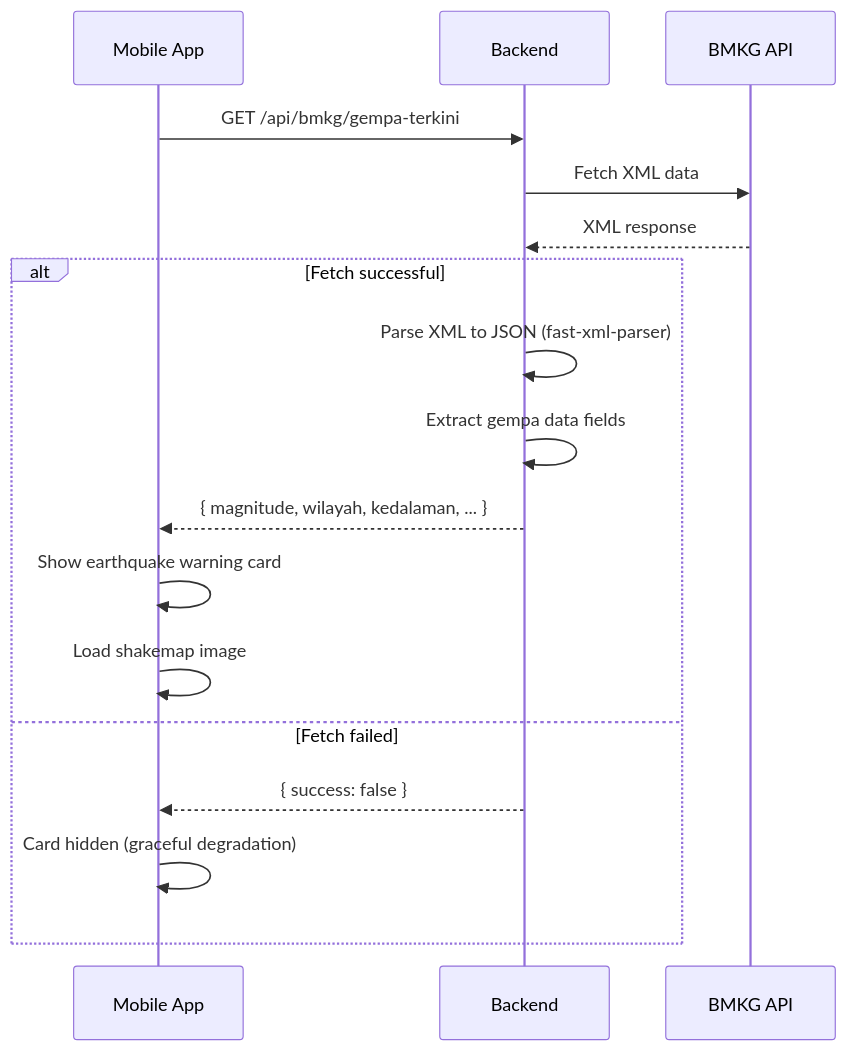
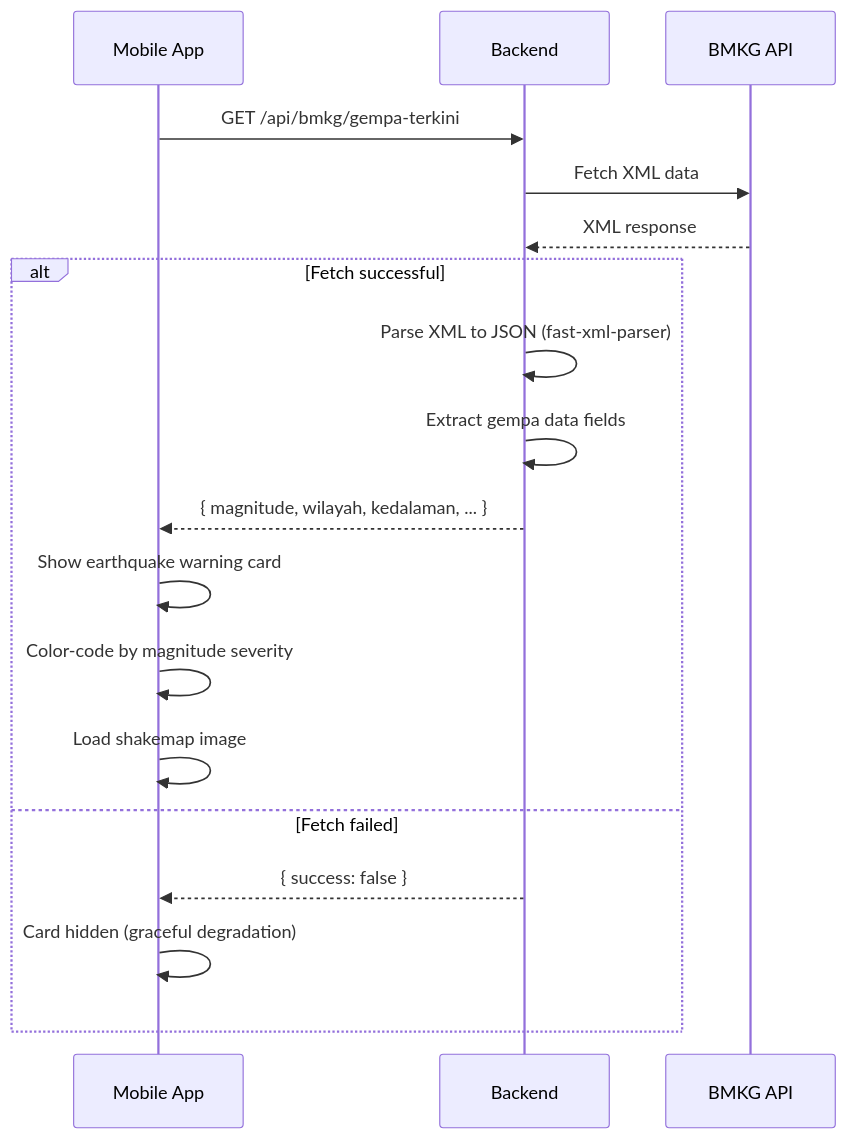
Before and after one commit to StackHorizon-ProxoCoris/frontend-mobileapp: the tenth of 10 diagrams in docs/SYSTEM_FLOW.md, drawn with Mermaid. The commit also changed other lines of this file and 4 other files, not shown here.

````diff
--- a/docs/SYSTEM_FLOW.md
+++ b/docs/SYSTEM_FLOW.md
@@ -257,21 +324,22 @@
 ```mermaid
 sequenceDiagram
     participant App as Mobile App
     participant API as Backend
     participant BMKG as BMKG API
 
     App->>API: GET /api/bmkg/gempa-terkini
     API->>BMKG: Fetch XML data
     BMKG-->>API: XML response
 
     alt Fetch successful
         API->>API: Parse XML to JSON (fast-xml-parser)
         API->>API: Extract gempa data fields
         API-->>App: { magnitude, wilayah, kedalaman, ... }
         App->>App: Show earthquake warning card
+        App->>App: Color-code by magnitude severity
         App->>App: Load shakemap image
     else Fetch failed
         API-->>App: { success: false }
         App->>App: Card hidden (graceful degradation)
     end
 ```
````
